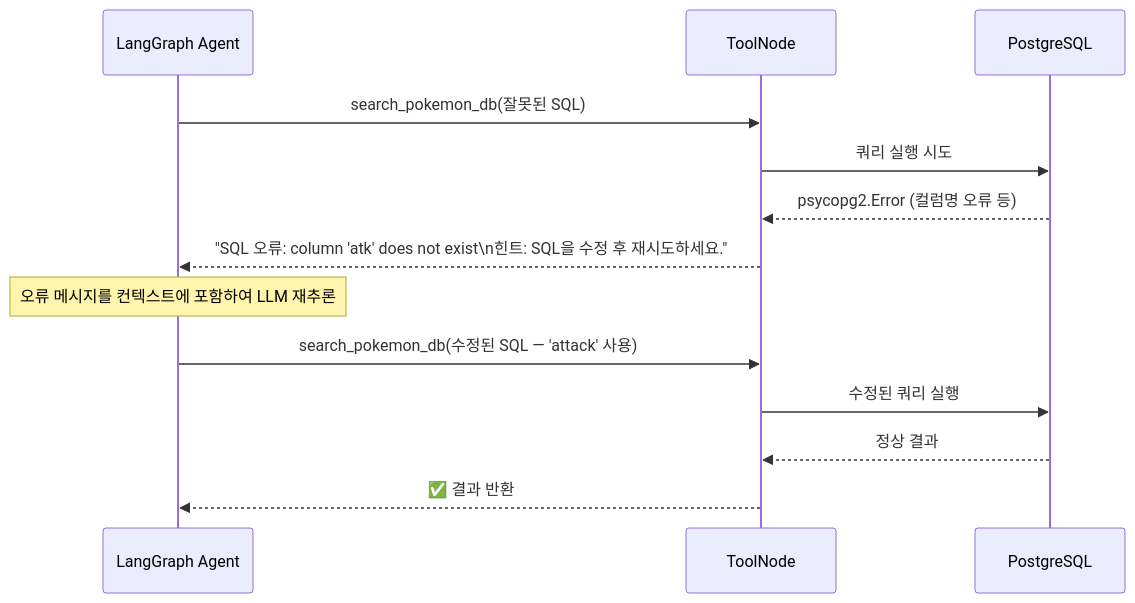
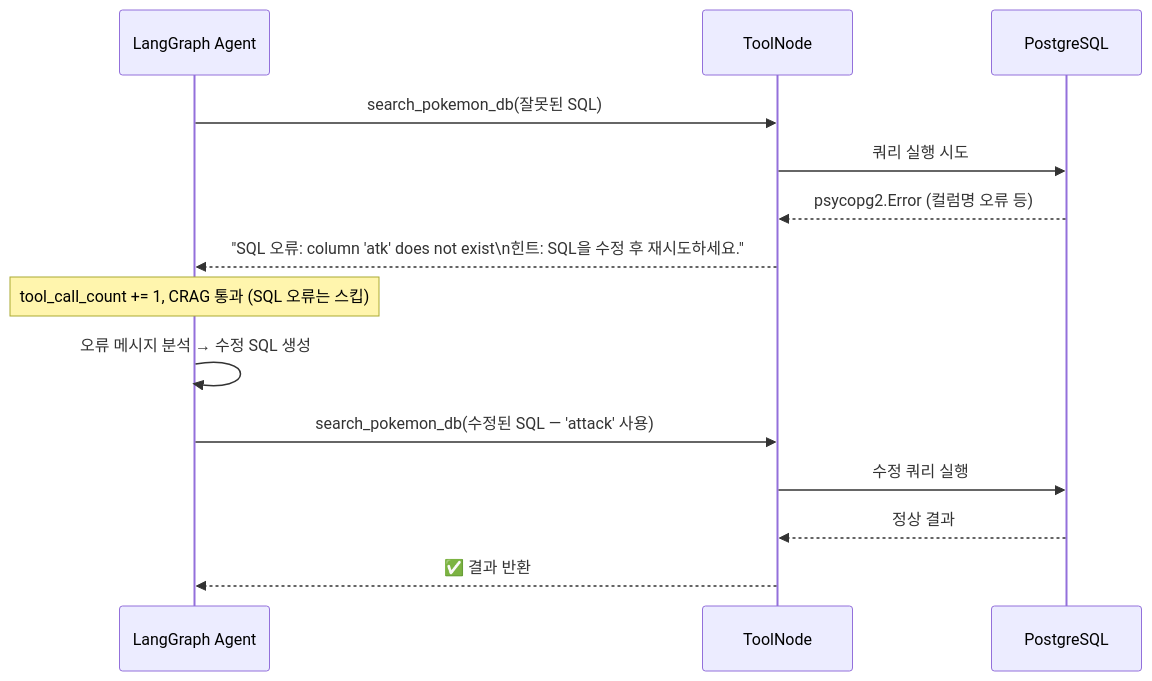
Before and after one commit to SKNETWORKS-FAMILY-AICAMP/SKN27-3rd-3TEAM: the fifth of 9 diagrams in docs/챗봇/04_시퀀스다이어그램.md, drawn with Mermaid. The commit also changed other lines of this file and 10 other files, not shown here.

````diff
--- a/docs/챗봇/04_시퀀스다이어그램.md
+++ b/docs/챗봇/04_시퀀스다이어그램.md
@@ -82,17 +145,18 @@
 ```mermaid
 sequenceDiagram
     participant AG as LangGraph Agent
     participant TN as ToolNode
     participant PG as PostgreSQL
 
     AG->>TN: search_pokemon_db(잘못된 SQL)
     TN->>PG: 쿼리 실행 시도
     PG-->>TN: psycopg2.Error (컬럼명 오류 등)
     TN-->>AG: "SQL 오류: column 'atk' does not exist\n힌트: SQL을 수정 후 재시도하세요."
 
-    Note over AG: 오류 메시지를 컨텍스트에 포함하여 LLM 재추론
+    Note over AG: tool_call_count += 1, CRAG 통과 (SQL 오류는 스킵)
+    AG->>AG: 오류 메시지 분석 → 수정 SQL 생성
     AG->>TN: search_pokemon_db(수정된 SQL — 'attack' 사용)
-    TN->>PG: 수정된 쿼리 실행
+    TN->>PG: 수정 쿼리 실행
     PG-->>TN: 정상 결과
     TN-->>AG: ✅ 결과 반환
 ```
````
